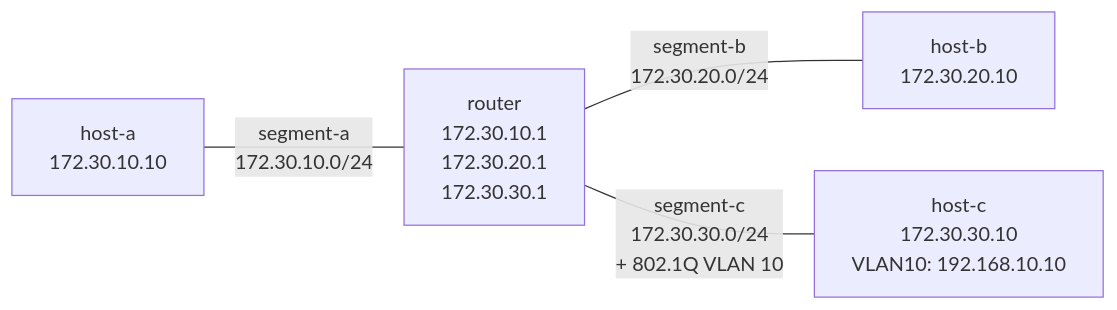
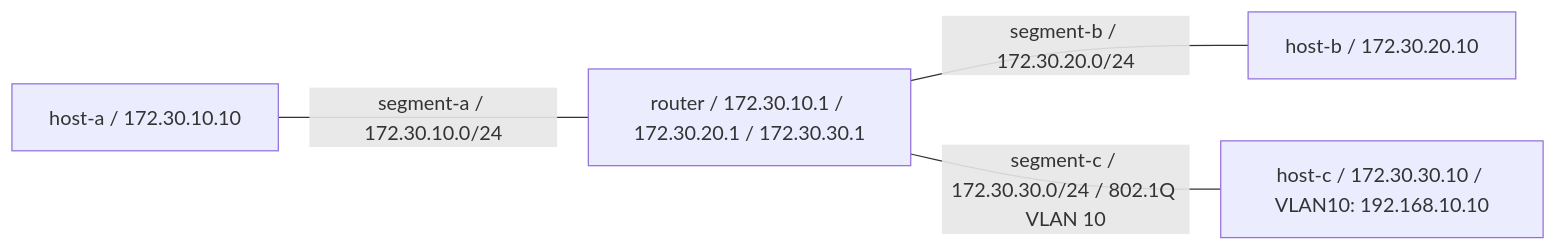
One commit to ns7jp/server changed the diagram in labs/routing/README.md. Above: the diagram before and after it, drawn with Mermaid. The commit also changed 8 other files, not shown here.

Commit message:
Fix Mermaid diagrams on GitHub

````diff
--- a/labs/routing/README.md
+++ b/labs/routing/README.md
@@ -12,22 +12,11 @@
 ```mermaid
 flowchart LR
-    HostA["`host-a
-    172.30.10.10`"]
-    Router["`router
-    172.30.10.1
-    172.30.20.1
-    172.30.30.1`"]
-    HostB["`host-b
-    172.30.20.10`"]
-    HostC["`host-c
-    172.30.30.10
-    VLAN10: 192.168.10.10`"]
+    HostA["host-a / 172.30.10.10"]
+    Router["router / 172.30.10.1 / 172.30.20.1 / 172.30.30.1"]
+    HostB["host-b / 172.30.20.10"]
+    HostC["host-c / 172.30.30.10 / VLAN10: 192.168.10.10"]
 
-    HostA ---|"`segment-a
-    172.30.10.0/24`"| Router
-    Router ---|"`segment-b
-    172.30.20.0/24`"| HostB
-    Router ---|"`segment-c
-    172.30.30.0/24
-    + 802.1Q VLAN 10`"| HostC
+    HostA ---|"segment-a / 172.30.10.0/24"| Router
+    Router ---|"segment-b / 172.30.20.0/24"| HostB
+    Router ---|"segment-c / 172.30.30.0/24 / 802.1Q VLAN 10"| HostC
 ```
````
